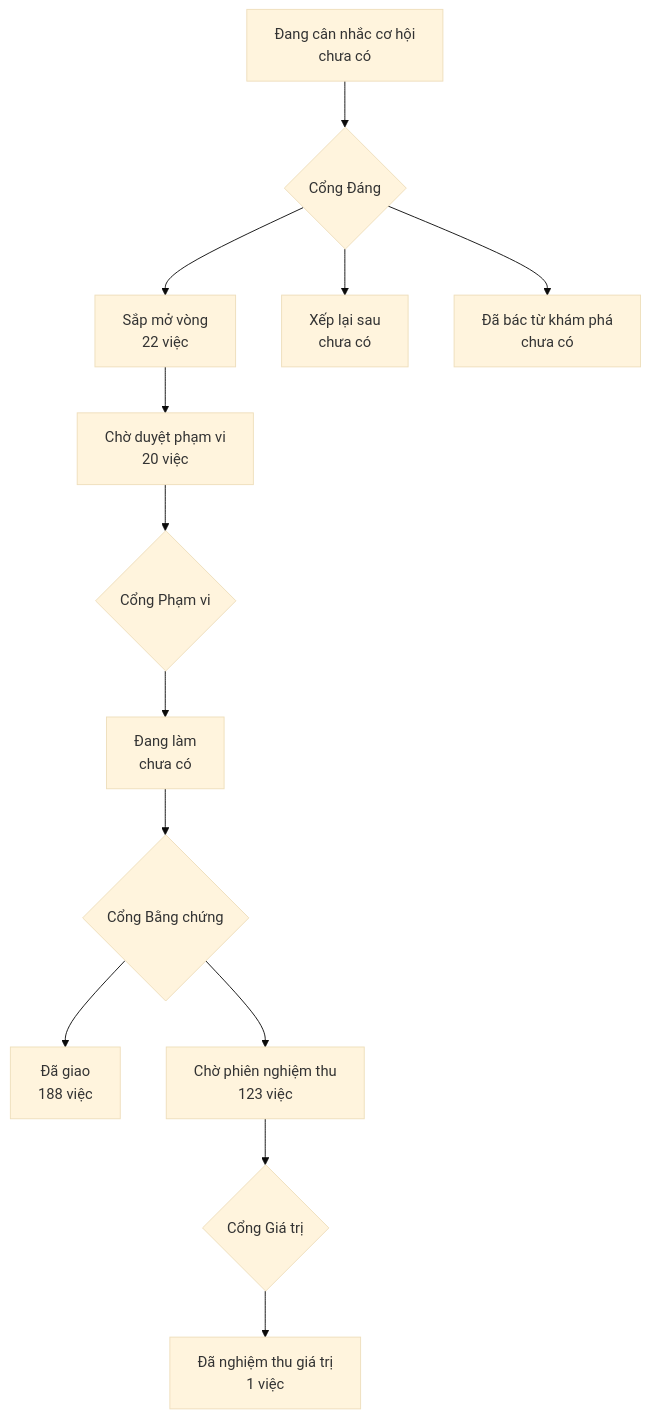
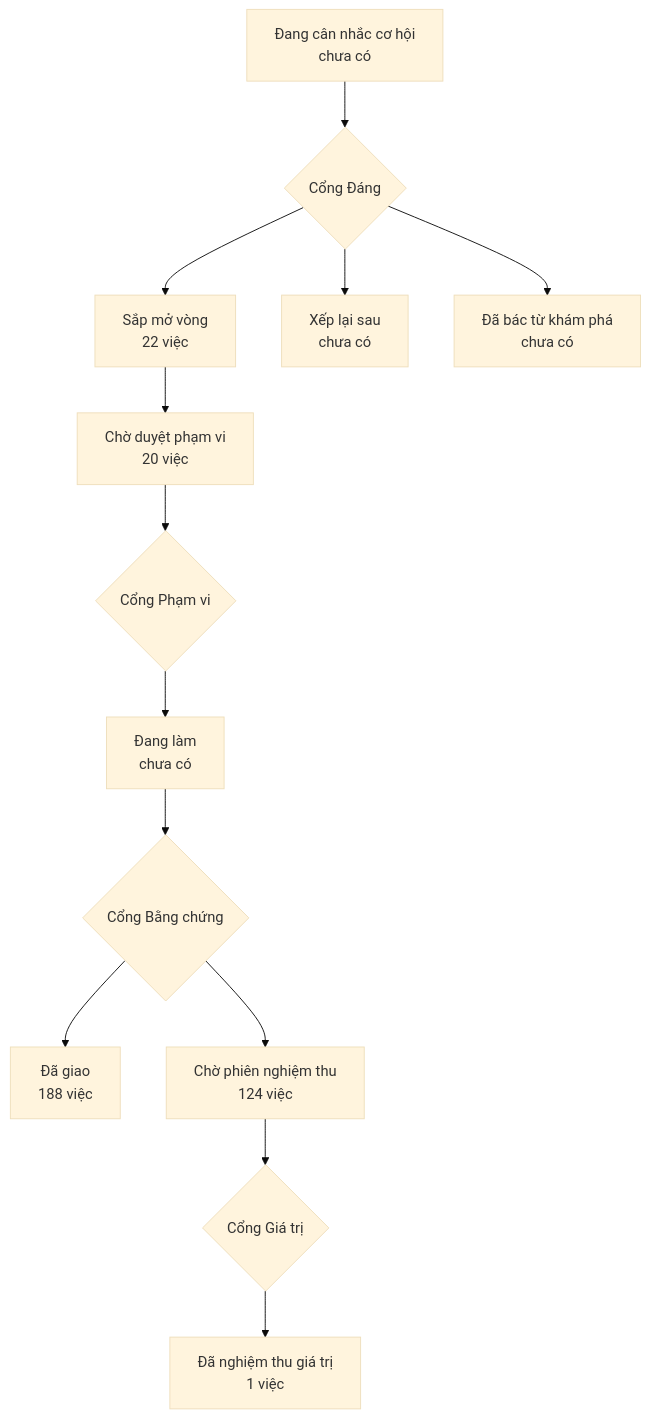
One commit to phanlemanh/onehub-invest changed the diagram in PRODUCT-MAP.md. Above: the diagram before and after it, drawn with Mermaid (base theme). The commit also changed other lines of this file and 30 other files, not shown here.

````diff
--- a/PRODUCT-MAP.md
+++ b/PRODUCT-MAP.md
@@ -7,12 +7,12 @@
 ```mermaid
 flowchart TD
   A["Đang cân nhắc cơ hội<br/>chưa có"] --> GD{"Cổng Đáng"}
   GD --> B["Sắp mở vòng<br/>22 việc"]
   GD --> XL["Xếp lại sau<br/>chưa có"]
   GD --> DB["Đã bác từ khám phá<br/>chưa có"]
   B --> CD["Chờ duyệt phạm vi<br/>20 việc"] --> GP{"Cổng Phạm vi"}
   GP --> DL["Đang làm<br/>chưa có"] --> GB{"Cổng Bằng chứng"}
   GB --> DG["Đã giao<br/>188 việc"]
-  GB --> CN["Chờ phiên nghiệm thu<br/>123 việc"] --> GG{"Cổng Giá trị"}
+  GB --> CN["Chờ phiên nghiệm thu<br/>124 việc"] --> GG{"Cổng Giá trị"}
   GG --> NT["Đã nghiệm thu giá trị<br/>1 việc"]
 ```
````
